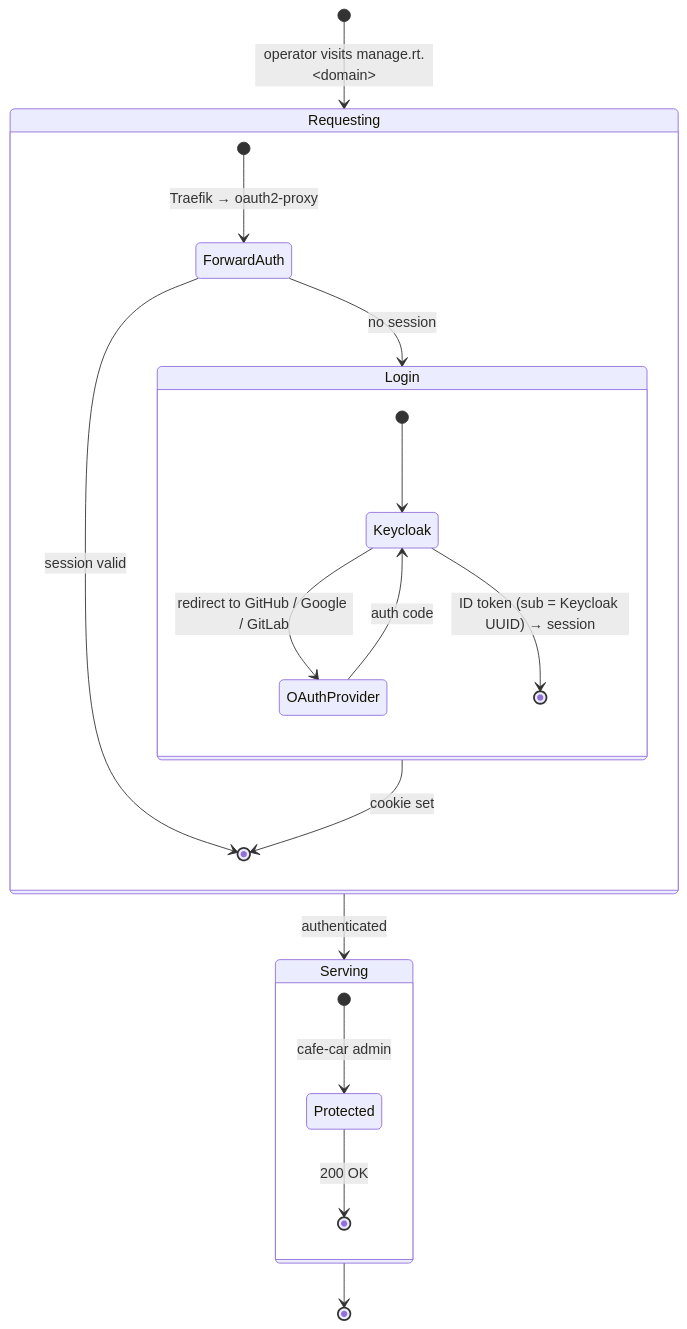
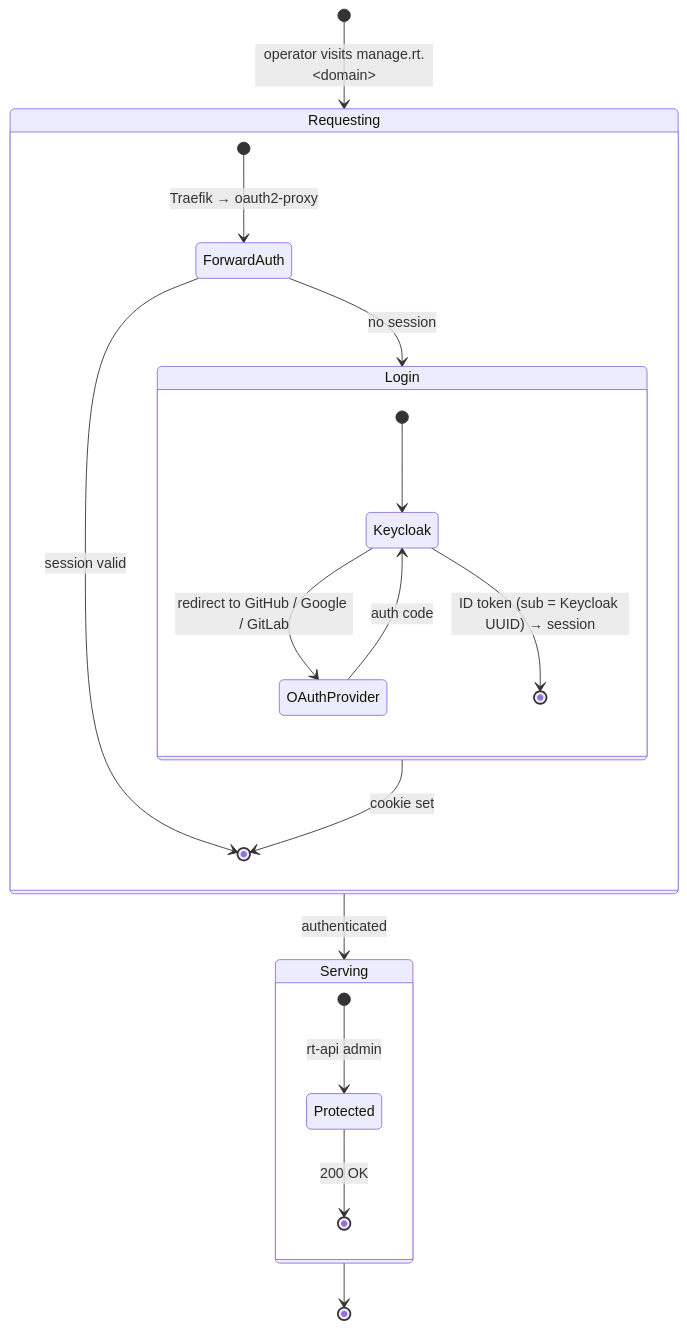
Before and after one commit to gtfs-zone/deploy-gtfs-rt: the eighth of 8 diagrams in README.md, drawn with Mermaid. The commit also changed other lines of this file and 3 other files, not shown here.

````diff
--- a/README.md
+++ b/README.md
@@ -493,27 +493,27 @@
 ```mermaid
 stateDiagram-v2
     [*] --> Requesting: operator visits manage.rt.&ltdomain&gt
 
     state Requesting {
         [*] --> ForwardAuth: Traefik → oauth2-proxy
         ForwardAuth --> [*]: session valid
         ForwardAuth --> Login: no session
         Login --> [*]: cookie set
     }
 
     state Login {
         [*] --> Keycloak
         Keycloak --> OAuthProvider: redirect to GitHub / Google / GitLab
         OAuthProvider --> Keycloak: auth code
         Keycloak --> [*]: ID token (sub = Keycloak UUID) → session
     }
 
     Requesting --> Serving: authenticated
 
     state Serving {
-        [*] --> Protected: cafe-car admin
+        [*] --> Protected: rt-api admin
         Protected --> [*]: 200 OK
     }
 
     Serving --> [*]
 ```
````
